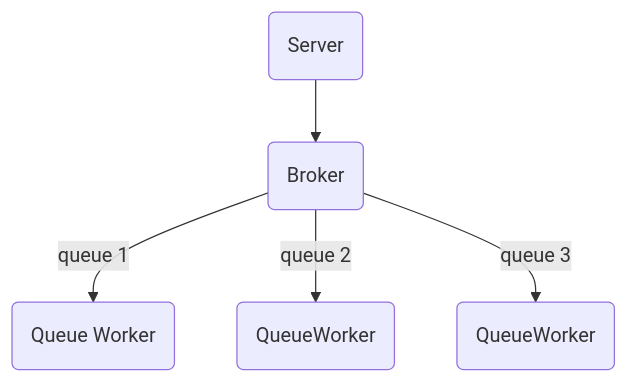
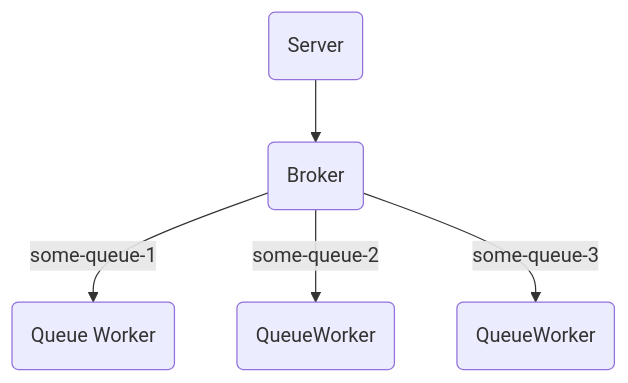
Before and after one commit to yura-parshutkin/simple-message-broker: the diagram in README.md, drawn with Mermaid. The commit also changed 3 other files, not shown here.

````diff
--- a/README.md
+++ b/README.md
@@ -59,7 +59,7 @@
 ```mermaid
 flowchart TD
     A(Server) --> B(Broker)
-    B-->|queue 1| C(Queue Worker);
-    B-->|queue 2| D(QueueWorker);
-    B-->|queue 3| E(QueueWorker);
+    B-->|some-queue-1| C(Queue Worker)
+    B-->|some-queue-2| D(QueueWorker)
+    B-->|some-queue-3| E(QueueWorker)
 ```
````
